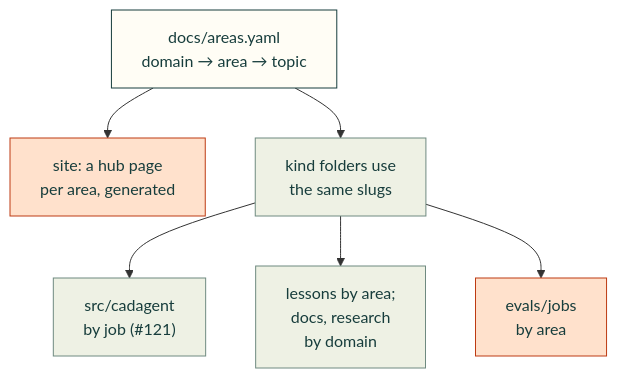
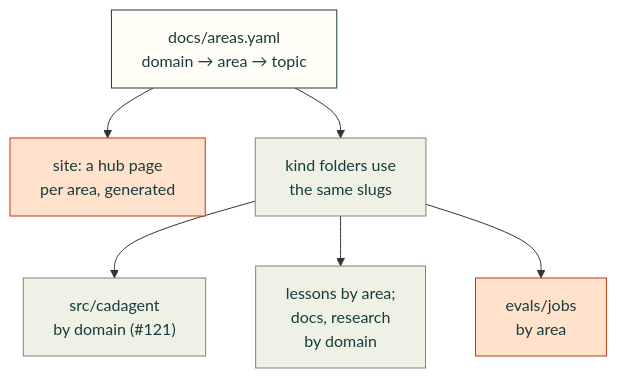
The third of 3 diagrams in docs/vision.md (Valpatel/cad-agent), drawn with Mermaid before and after one commit. The commit also changed other lines of this file and 3 other files, not shown here.

````diff
--- a/docs/vision.md
+++ b/docs/vision.md
@@ -142,14 +142,14 @@
 ```mermaid
 flowchart TD
     T["docs/areas.yaml<br/>domain → area → topic"] --> H["site: a hub page<br/>per area, generated"]
     T --> K["kind folders use<br/>the same slugs"]
-    K --> C["src/cadagent<br/>by job (#121)"]
+    K --> C["src/cadagent<br/>by domain (#121)"]
     K --> L["lessons by area;<br/>docs, research<br/>by domain"]
     K --> E["evals/jobs<br/>by area"]
     class T here
     class H,E out
     class K,C,L near
     classDef here fill:#fffdf5,stroke:#173d3c,color:#173d3c
     classDef near fill:#eef1e4,stroke:#6f8a80,color:#173d3c
     classDef out fill:#ffe1cc,stroke:#bd3a12,color:#173d3c
 ```
````
